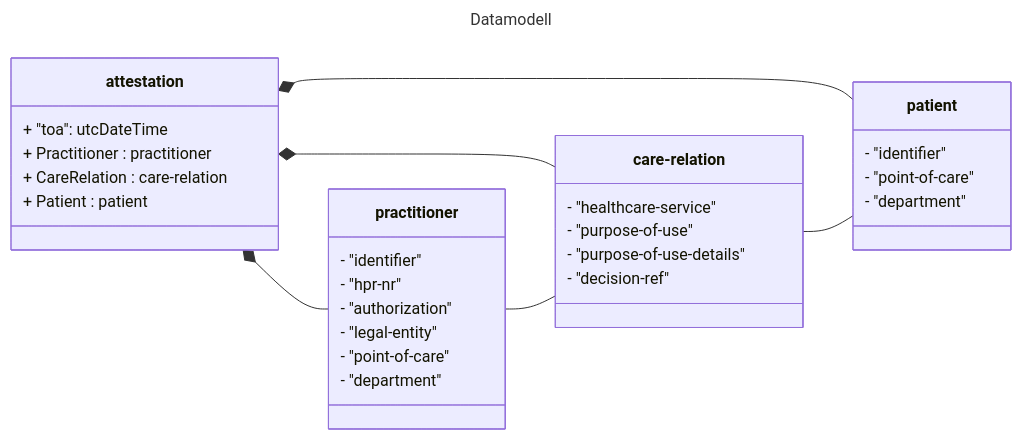
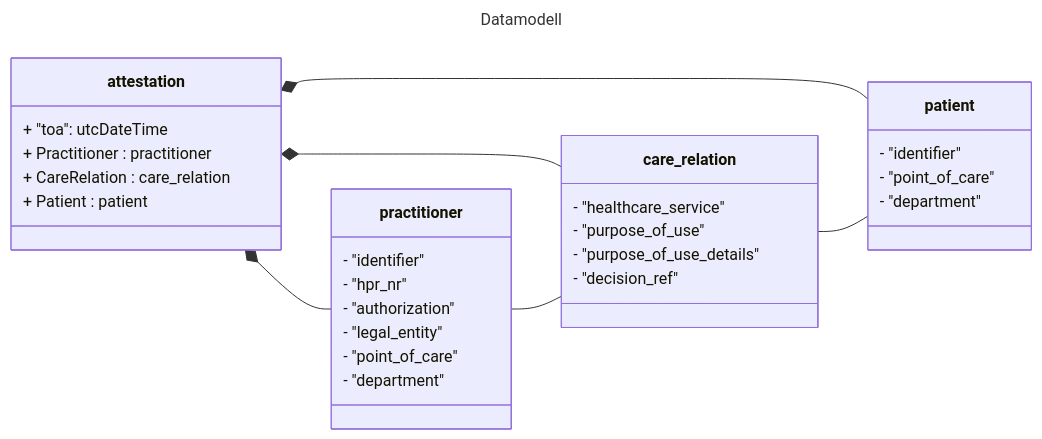
Before and after one commit to NorskHelsenett/Tillitsrammeverk: the second of 3 diagrams in specs/informasjons_og_datamodell.md, drawn with Mermaid. The commit also changed other lines of this file and 1 other file, not shown here.

````diff
--- a/specs/informasjons_og_datamodell.md
+++ b/specs/informasjons_og_datamodell.md
@@ -224,50 +224,50 @@
 ```mermaid
 ---
 title: Datamodell
 ---
 classDiagram
 
 	class Attestation["attestation"]{
 		+ "toa": utcDateTime
 		+ Practitioner : practitioner
-		+ CareRelation : care-relation
+		+ CareRelation : care_relation
 		+ Patient : patient
 	}
 
 	class Practitioner["practitioner"] {
 		- "identifier"
-		- "hpr-nr"
+		- "hpr_nr"
 		- "authorization"
-		- "legal-entity"
-		- "point-of-care"
+		- "legal_entity"
+		- "point_of_care"
 		- "department"
 	}
 		
-	class CareRelation["care-relation"] {
-		- "healthcare-service"
-		- "purpose-of-use"
-		- "purpose-of-use-details"
-		- "decision-ref"
+	class CareRelation["care_relation"] {
+		- "healthcare_service"
+		- "purpose_of_use"
+		- "purpose_of_use_details"
+		- "decision_ref"
 	}
 	
 	class Patient["patient"]{
 		- "identifier"
-		- "point-of-care"
+		- "point_of_care"
 		- "department"
 	}	
 
 
 direction TD
 	Attestation *-- Practitioner
 	Attestation *-- CareRelation
 	Attestation *-- Patient
 
 direction LR
 	Practitioner -- CareRelation
 	CareRelation -- Patient
 
 
 
 	
 		
 ```
````
